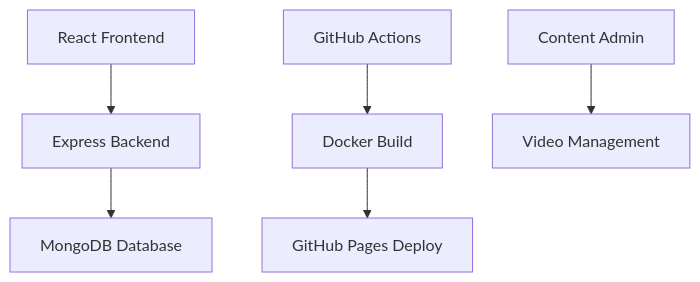
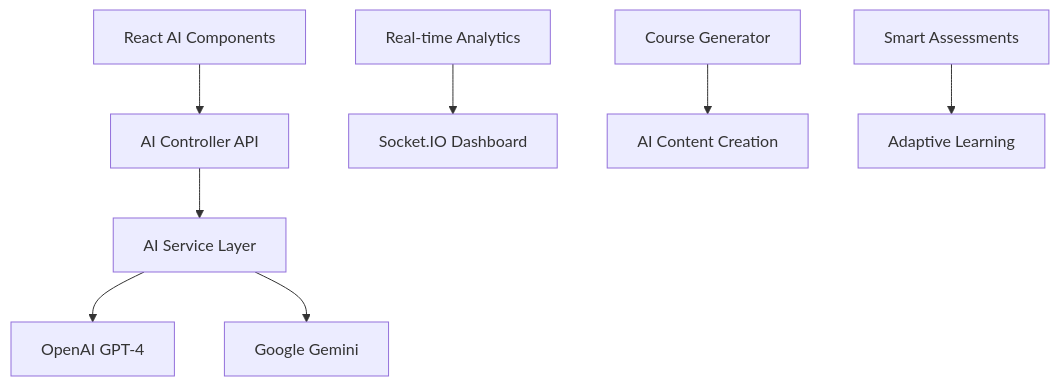
One commit to hafeez186/devops-elearning-platform changed the diagram in PROJECT_SHOWCASE.md. Above: the diagram before and after it, drawn with Mermaid. The commit also changed other lines of this file, not shown here.

````diff
--- a/PROJECT_SHOWCASE.md
+++ b/PROJECT_SHOWCASE.md
@@ -17,8 +17,10 @@
 ```mermaid
 graph TB
-    A[React Frontend] --> B[Express Backend]
-    B --> C[MongoDB Database]
-    D[GitHub Actions] --> E[Docker Build]
-    E --> F[GitHub Pages Deploy]
-    G[Content Admin] --> H[Video Management]
+    A[React AI Components] --> B[AI Controller API]
+    B --> C[AI Service Layer]
+    C --> D[OpenAI GPT-4]
+    C --> E[Google Gemini]
+    F[Real-time Analytics] --> G[Socket.IO Dashboard]
+    H[Course Generator] --> I[AI Content Creation]
+    J[Smart Assessments] --> K[Adaptive Learning]
 ```
````
